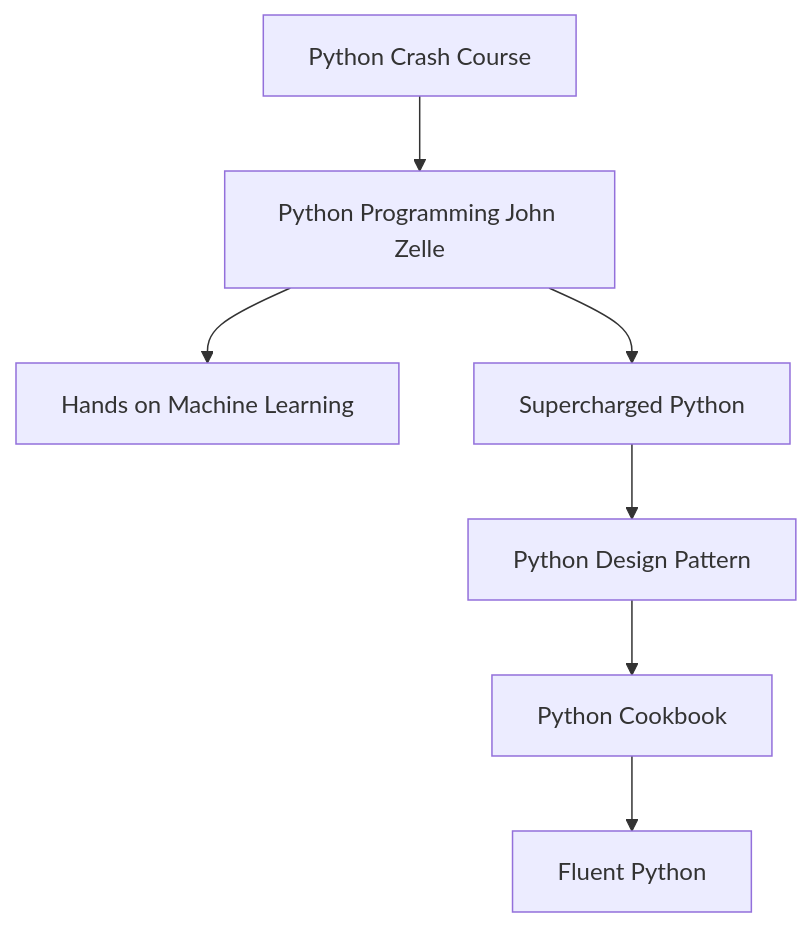
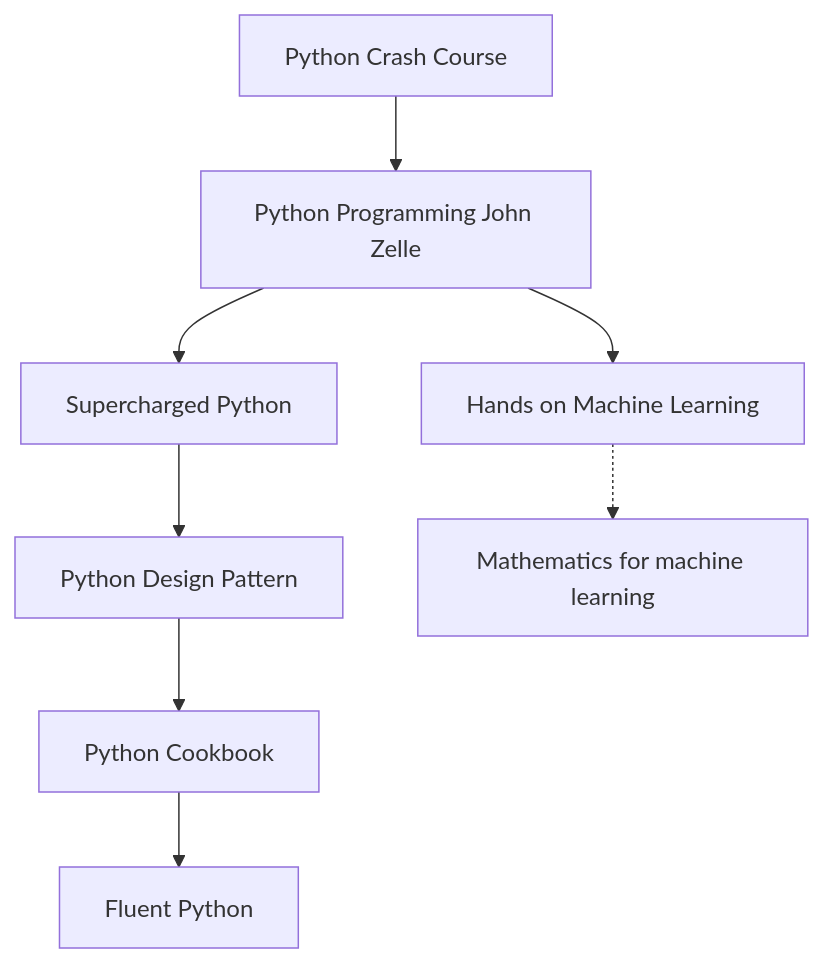
Before and after one commit to Flu-iid/book_stack: the diagram in README.md, drawn with Mermaid.

Commit message:
fixed diagram

````diff
--- a/README.md
+++ b/README.md
@@ -28,20 +28,22 @@
 ```mermaid
 
 graph TB
     PCC[Python Crash Course]
     JZ[Python Programming John Zelle]
     ML[Hands on Machine Learning]
     SCH[Supercharged Python]
     CB[Python Cookbook]
     DP[Python Design Pattern]
     F[Fluent Python]
+    MLM[Mathematics for machine learning]
 
     PCC --> JZ
     JZ --> ML
     JZ --> SCH
     SCH --> DP
     DP --> CB
     CB --> F
+    ML -.-> MLM
 
 
 ```
````
